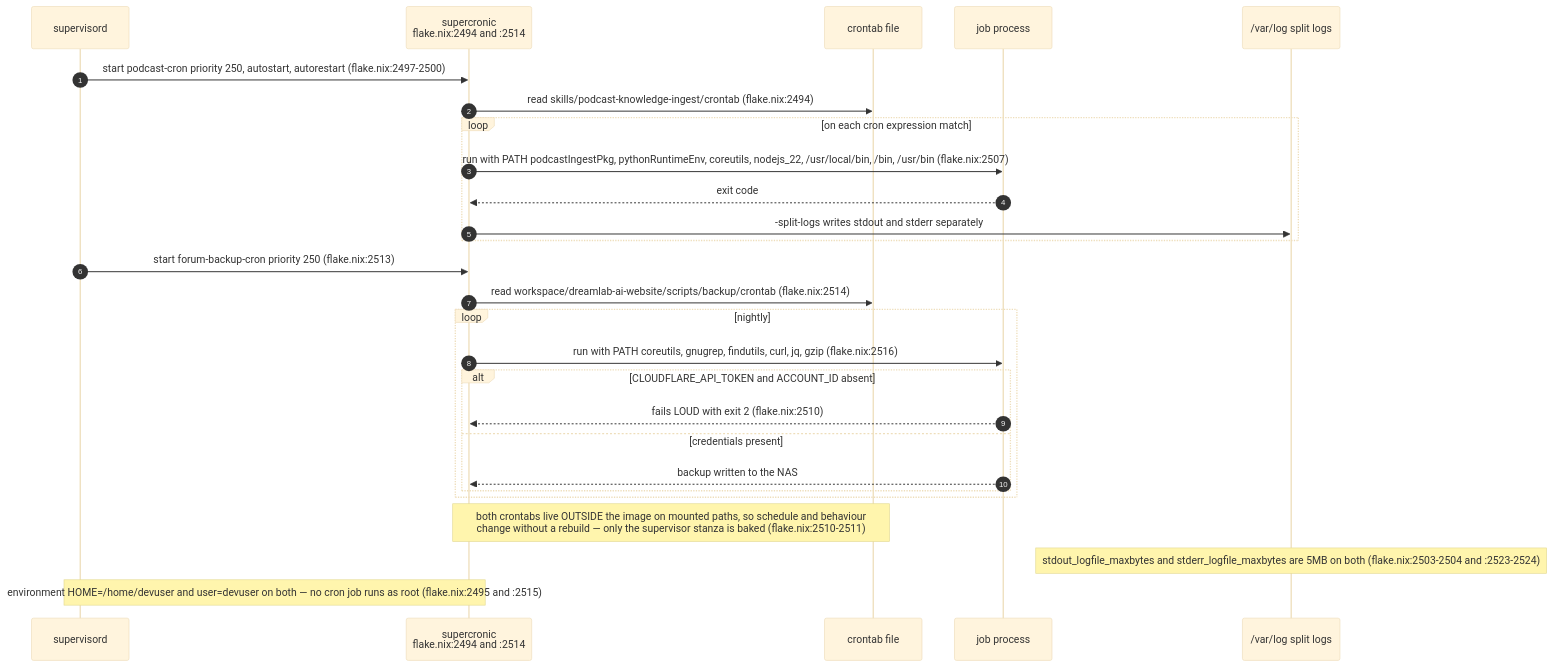
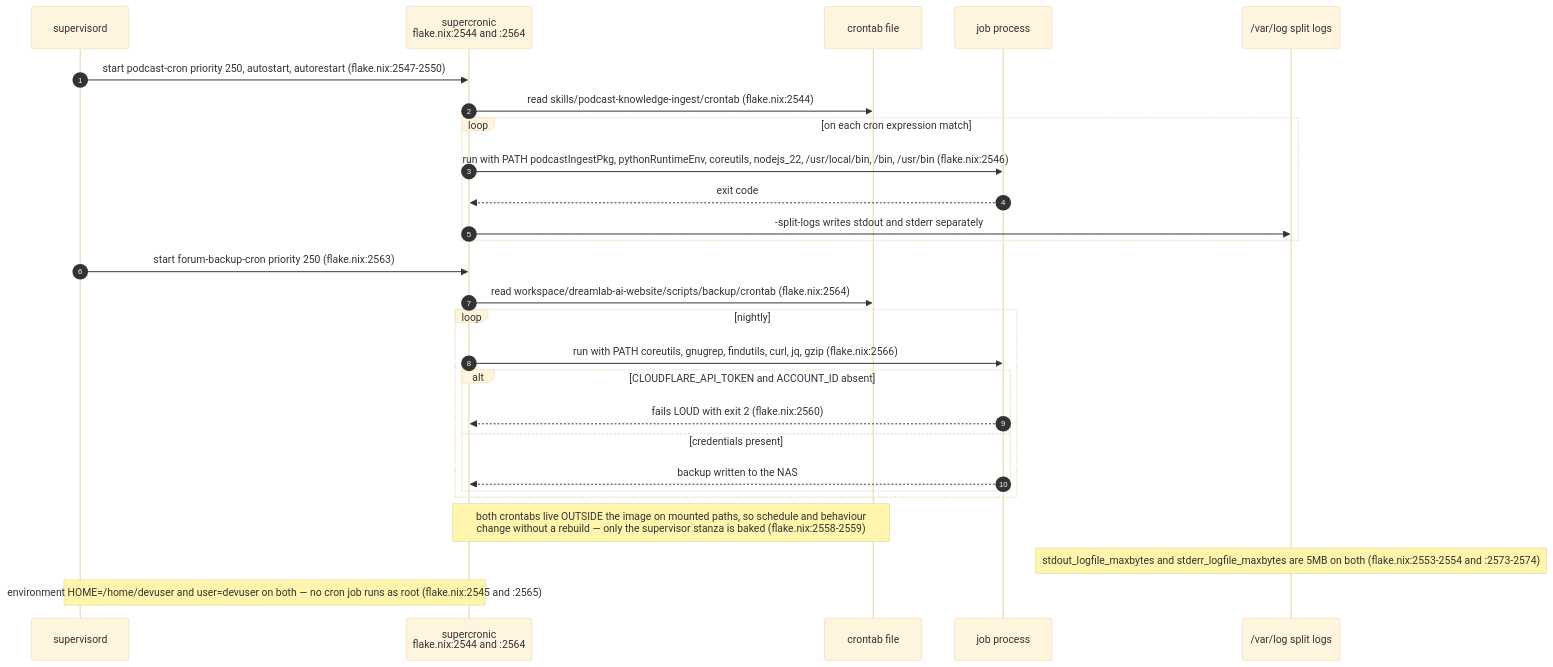
One commit to DreamLab-AI/VisionFlow changed the seventh of 11 diagrams in docs/diagrams/agentbox/07-daemons-reapers-cron-backups.md. Above: the diagram before and after it, drawn with Mermaid (base theme). The commit also changed other lines of this file and 136 other files, not shown here.

First line of the commit message:
docs(diagrams): refresh the whole corpus to code HEAD and prune low-value diagrams

````diff
--- a/docs/diagrams/agentbox/07-daemons-reapers-cron-backups.md
+++ b/docs/diagrams/agentbox/07-daemons-reapers-cron-backups.md
@@ -282,30 +283,30 @@
 ```mermaid
 sequenceDiagram
     autonumber
     participant SUP as supervisord
-    participant SC as supercronic<br/>flake.nix:2494 and :2514
+    participant SC as supercronic<br/>flake.nix:2544 and :2564
     participant CT as crontab file
     participant J as job process
     participant L as /var/log split logs
 
-    SUP->>SC: start podcast-cron priority 250, autostart, autorestart (flake.nix:2497-2500)
-    SC->>CT: read skills/podcast-knowledge-ingest/crontab (flake.nix:2494)
+    SUP->>SC: start podcast-cron priority 250, autostart, autorestart (flake.nix:2547-2550)
+    SC->>CT: read skills/podcast-knowledge-ingest/crontab (flake.nix:2544)
     loop on each cron expression match
-        SC->>J: run with PATH podcastIngestPkg, pythonRuntimeEnv, coreutils, nodejs_22, /usr/local/bin, /bin, /usr/bin (flake.nix:2507)
+        SC->>J: run with PATH podcastIngestPkg, pythonRuntimeEnv, coreutils, nodejs_22, /usr/local/bin, /bin, /usr/bin (flake.nix:2546)
         J-->>SC: exit code
         SC->>L: -split-logs writes stdout and stderr separately
     end
-    SUP->>SC: start forum-backup-cron priority 250 (flake.nix:2513)
-    SC->>CT: read workspace/dreamlab-ai-website/scripts/backup/crontab (flake.nix:2514)
+    SUP->>SC: start forum-backup-cron priority 250 (flake.nix:2563)
+    SC->>CT: read workspace/dreamlab-ai-website/scripts/backup/crontab (flake.nix:2564)
     loop nightly
-        SC->>J: run with PATH coreutils, gnugrep, findutils, curl, jq, gzip (flake.nix:2516)
+        SC->>J: run with PATH coreutils, gnugrep, findutils, curl, jq, gzip (flake.nix:2566)
         alt CLOUDFLARE_API_TOKEN and ACCOUNT_ID absent
-            J-->>SC: fails LOUD with exit 2 (flake.nix:2510)
+            J-->>SC: fails LOUD with exit 2 (flake.nix:2560)
         else credentials present
             J-->>SC: backup written to the NAS
         end
     end
-    Note over SC,CT: both crontabs live OUTSIDE the image on mounted paths, so schedule and behaviour<br/>change without a rebuild — only the supervisor stanza is baked (flake.nix:2510-2511)
-    Note over L: stdout_logfile_maxbytes and stderr_logfile_maxbytes are 5MB on both (flake.nix:2503-2504 and :2523-2524)
-    Note over SUP,SC: environment HOME=/home/devuser and user=devuser on both — no cron job runs as root (flake.nix:2495 and :2515)
+    Note over SC,CT: both crontabs live OUTSIDE the image on mounted paths, so schedule and behaviour<br/>change without a rebuild — only the supervisor stanza is baked (flake.nix:2558-2559)
+    Note over L: stdout_logfile_maxbytes and stderr_logfile_maxbytes are 5MB on both (flake.nix:2553-2554 and :2573-2574)
+    Note over SUP,SC: environment HOME=/home/devuser and user=devuser on both — no cron job runs as root (flake.nix:2545 and :2565)
 ```
````
